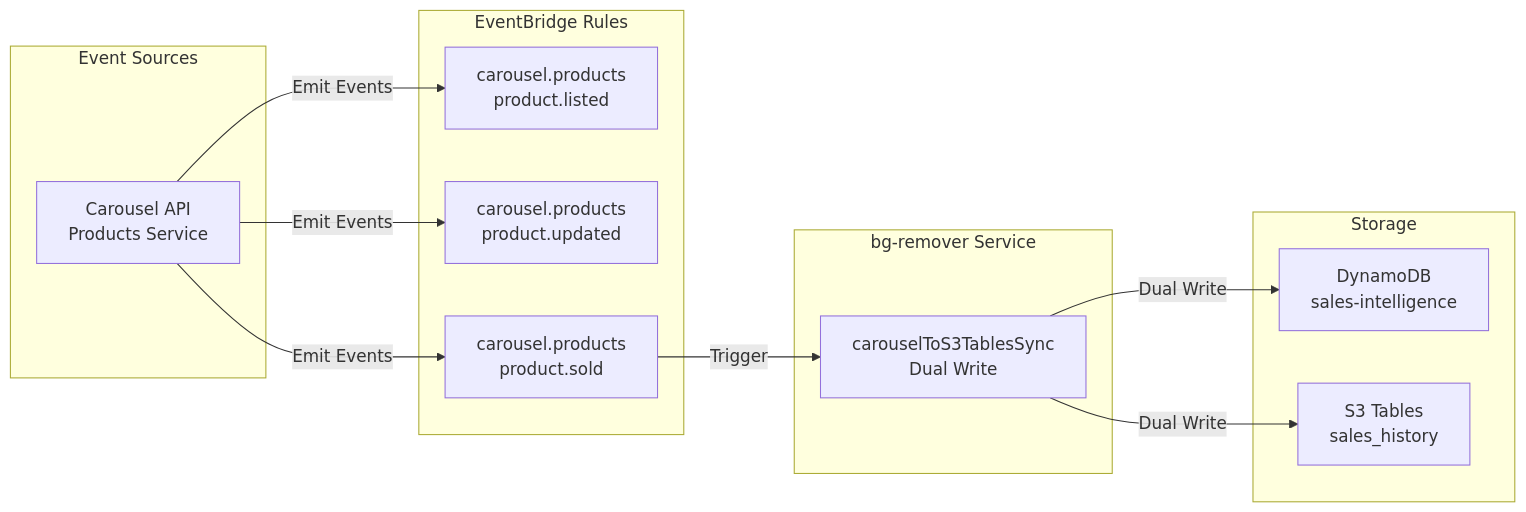
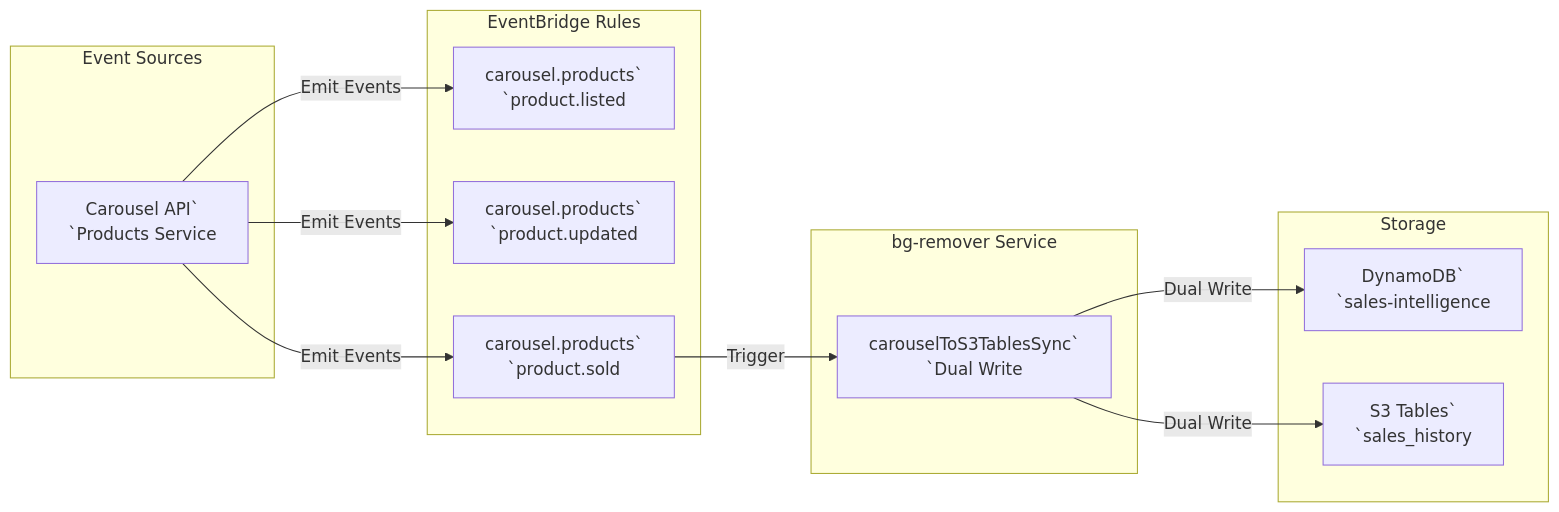
Before and after one commit to hringekjan/bg-remover: the third of 4 diagrams in SYSTEM_ARCHITECTURE.md, drawn with Mermaid. The commit also changed other lines of this file and 207 other files, not shown here.

````diff
--- a/SYSTEM_ARCHITECTURE.md
+++ b/SYSTEM_ARCHITECTURE.md
@@ -80,30 +80,30 @@
 ```mermaid
 graph LR
     subgraph "Event Sources"
-        CA[Carousel API<br/>Products Service]
+        CA[Carousel API`<br/>`Products Service]
     end
 
     subgraph "EventBridge Rules"
-        Rule1[carousel.products<br/>product.listed]
-        Rule2[carousel.products<br/>product.updated]
-        Rule3[carousel.products<br/>product.sold]
+        Rule1[carousel.products`<br/>`product.listed]
+        Rule2[carousel.products`<br/>`product.updated]
+        Rule3[carousel.products`<br/>`product.sold]
     end
 
     subgraph "bg-remover Service"
-        H4[carouselToS3TablesSync<br/>Dual Write]
+        H4[carouselToS3TablesSync`<br/>`Dual Write]
     end
 
     subgraph "Storage"
-        DDB_SI[DynamoDB<br/>sales-intelligence]
-        S3T[S3 Tables<br/>sales_history]
+        DDB_SI[DynamoDB`<br/>`sales-intelligence]
+        S3T[S3 Tables`<br/>`sales_history]
     end
 
     CA -->|Emit Events| Rule1
     CA -->|Emit Events| Rule2
     CA -->|Emit Events| Rule3
 
     Rule3 -->|Trigger| H4
 
     H4 -->|Dual Write| DDB_SI
     H4 -->|Dual Write| S3T
 ```
````
